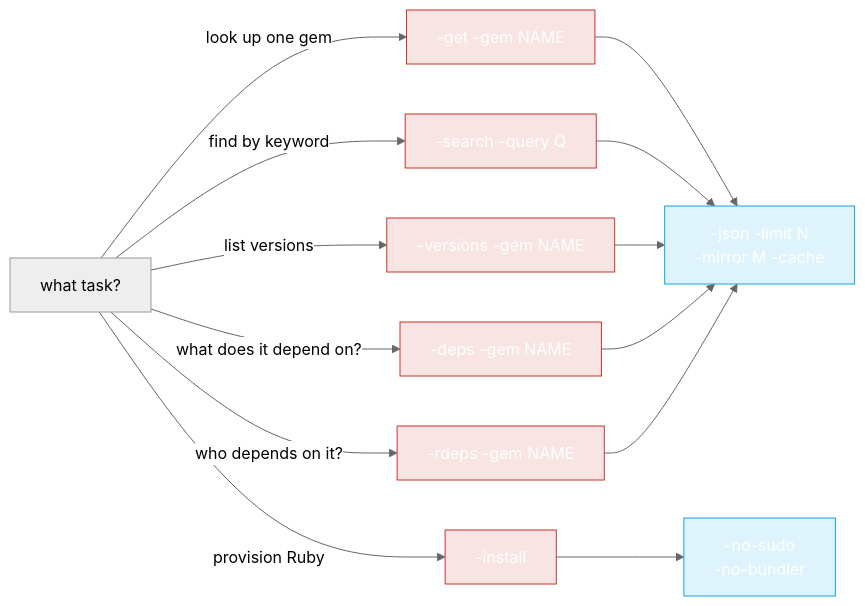
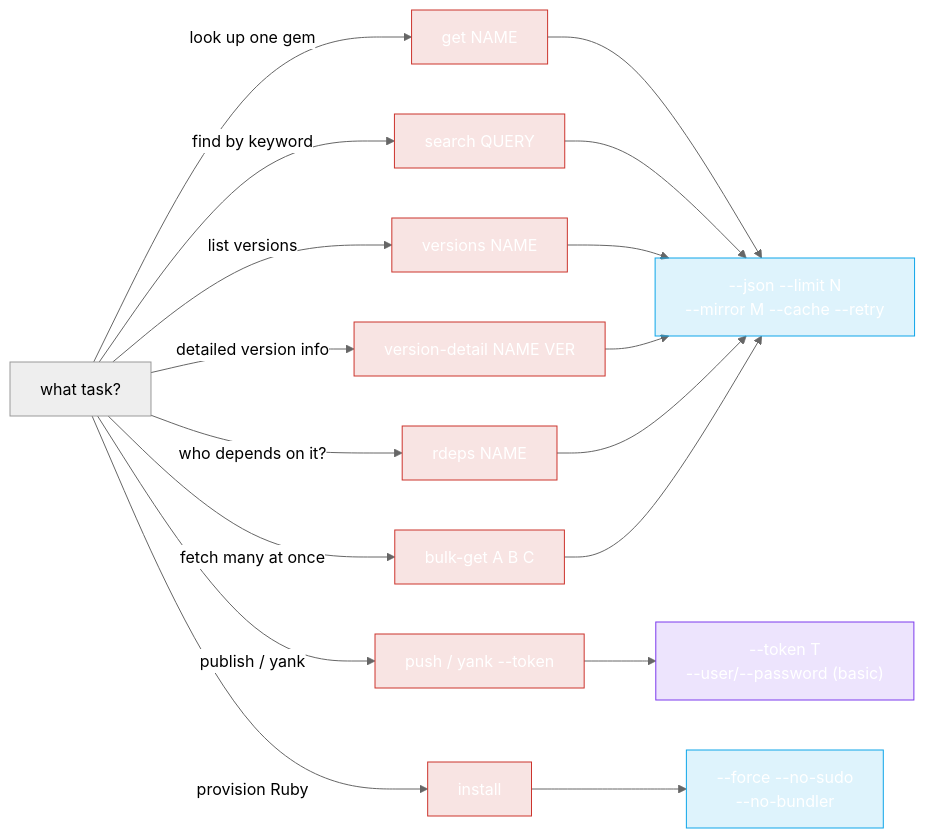
Before and after one commit to scagogogo/rubygems-skills: the diagram in website/docs/cli/examples.md, drawn with Mermaid (neutral theme). The commit also changed other lines of this file and 17 other files, not shown here.

````diff
--- a/website/docs/cli/examples.md
+++ b/website/docs/cli/examples.md
@@ -5,16 +5,22 @@
 ```mermaid
 flowchart LR
-    Task["what task?"] -->|"look up one gem"| Get["-get -gem NAME"]
-    Task -->|"find by keyword"| Search["-search -query Q"]
-    Task -->|"list versions"| Ver["-versions -gem NAME"]
-    Task -->|"what does it depend on?"| Deps["-deps -gem NAME"]
-    Task -->|"who depends on it?"| Rdeps["-rdeps -gem NAME"]
-    Task -->|"provision Ruby"| Inst["-install"]
-    Get & Search & Ver & Deps & Rdeps --> Flags["-json -limit N\n-mirror M -cache"]
-    Inst --> InstOpts["-no-sudo\n-no-bundler"]
+    Task["what task?"] -->|"look up one gem"| Get["get NAME"]
+    Task -->|"find by keyword"| Search["search QUERY"]
+    Task -->|"list versions"| Ver["versions NAME"]
+    Task -->|"detailed version info"| VDetail["version-detail NAME VER"]
+    Task -->|"who depends on it?"| Rdeps["rdeps NAME"]
+    Task -->|"fetch many at once"| Bulk["bulk-get A B C"]
+    Task -->|"publish / yank"| Write["push / yank --token"]
+    Task -->|"provision Ruby"| Inst["install"]
+
+    Get & Search & Ver & VDetail & Rdeps & Bulk --> Flags["--json --limit N\n--mirror M --cache --retry"]
+    Write --> Auth["--token T\n--user/--password (basic)"]
+    Inst --> InstOpts["--force --no-sudo\n--no-bundler"]
 
     classDef cmd fill:#cc342d22,stroke:#cc342d,color:#fff
     classDef opt fill:#0ea5e922,stroke:#0ea5e9,color:#fff
-    class Get,Search,Ver,Deps,Rdeps,Inst cmd
+    classDef auth fill:#7c3aed22,stroke:#7c3aed,color:#fff
+    class Get,Search,Ver,VDetail,Rdeps,Bulk,Write,Inst cmd
     class Flags,InstOpts opt
+    class Auth auth
 ```
````
